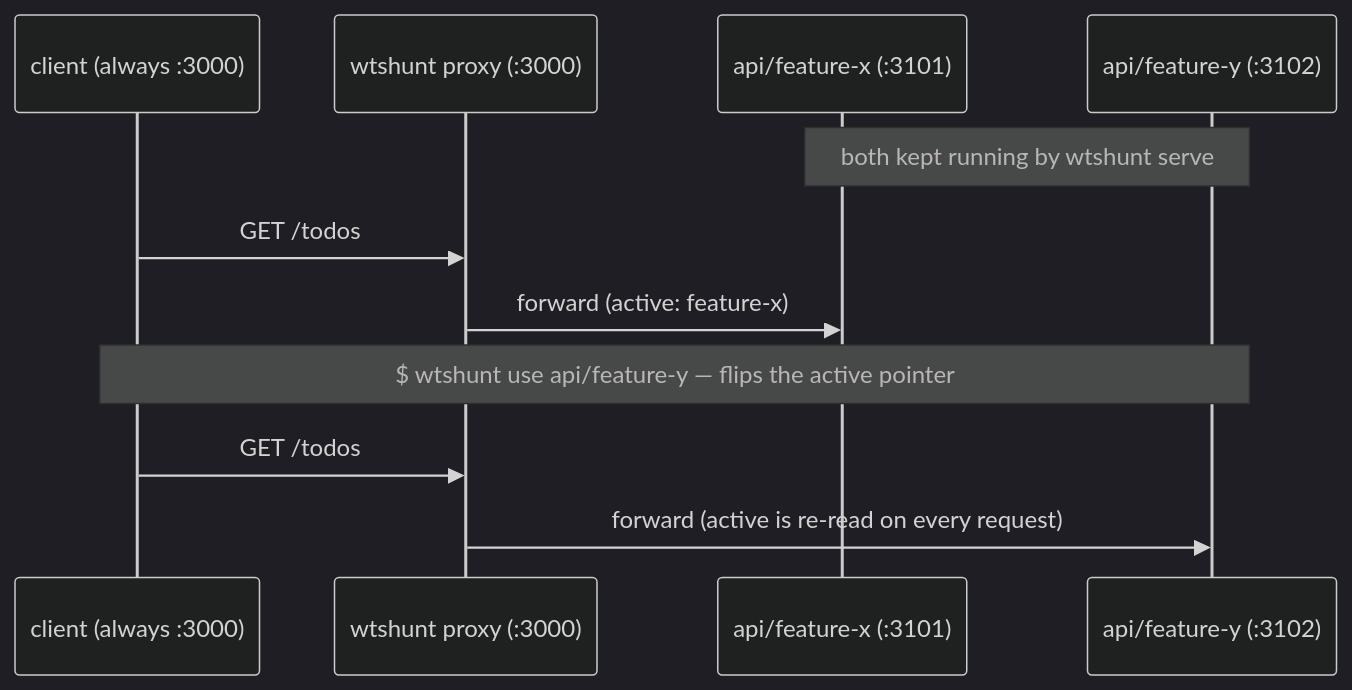
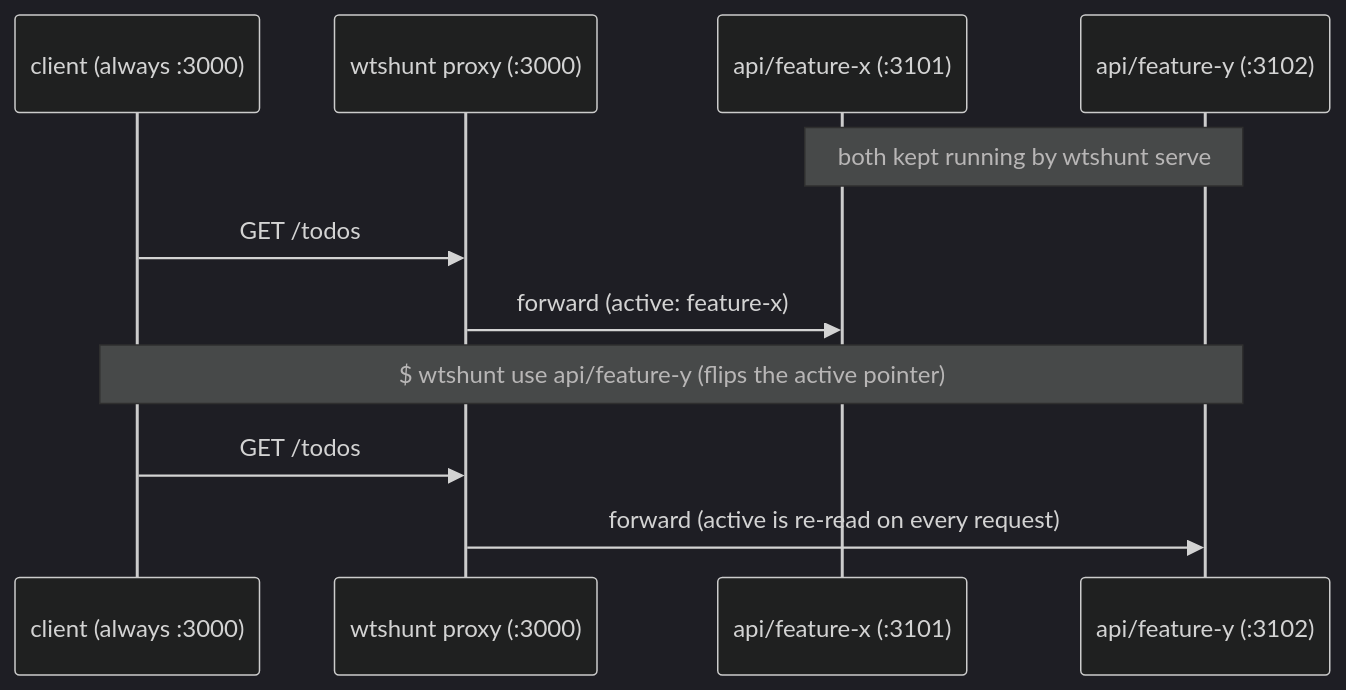
One commit to meganemura/portful changed the diagram in README.md. Above: the diagram before and after it, drawn with Mermaid (dark theme). The commit also changed other lines of this file, not shown here.

````diff
--- a/README.md
+++ b/README.md
@@ -80,13 +80,13 @@
 ```mermaid
 sequenceDiagram
     participant C as client (always :3000)
     participant P as wtshunt proxy (:3000)
     participant X as api/feature-x (:3101)
     participant Y as api/feature-y (:3102)
     Note over X,Y: both kept running by wtshunt serve
     C->>P: GET /todos
     P->>X: forward (active: feature-x)
-    Note over C,Y: $ wtshunt use api/feature-y — flips the active pointer
+    Note over C,Y: $ wtshunt use api/feature-y (flips the active pointer)
     C->>P: GET /todos
     P->>Y: forward (active is re-read on every request)
 ```
````
